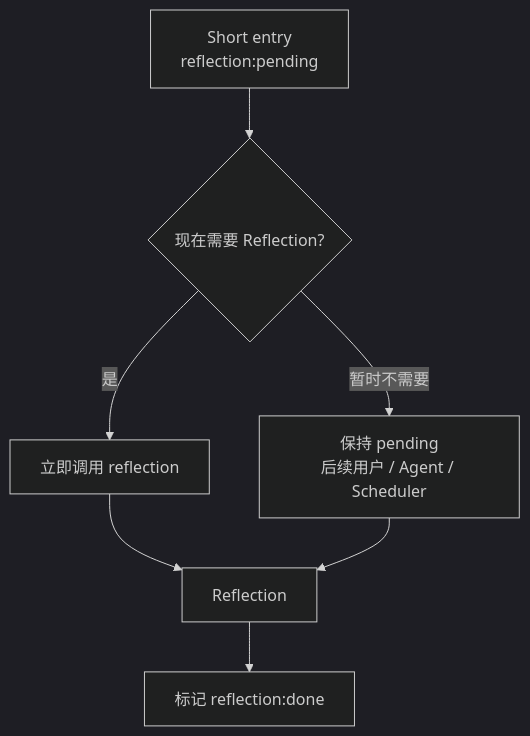
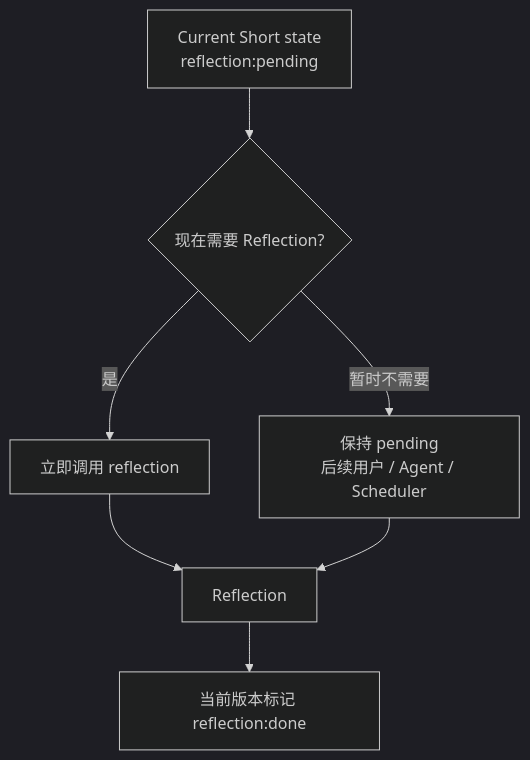
Before and after one commit to Ri0n72Y/agent-identity-cycle: the second of 4 diagrams in docs/data-flow.md, drawn with Mermaid (dark theme). The commit also changed other lines of this file and 5 other files, not shown here.

````diff
--- a/docs/data-flow.md
+++ b/docs/data-flow.md
@@ -53,13 +60,13 @@
 ```mermaid
 flowchart TD
-    S[Short entry\nreflection:pending]
+    S[Current Short state\nreflection:pending]
     J{现在需要 Reflection?}
     I[立即调用 reflection]
     D[保持 pending\n后续用户 / Agent / Scheduler]
     R[Reflection]
-    X[标记 reflection:done]
+    X[当前版本标记 reflection:done]
 
     S --> J
     J -->|是| I --> R --> X
     J -->|暂时不需要| D --> R
 ```
````
